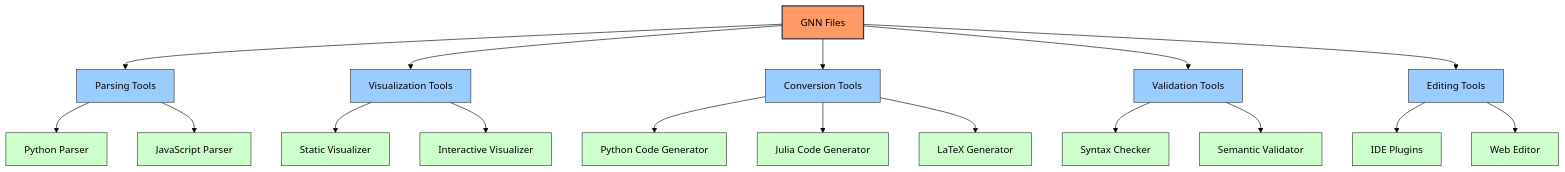
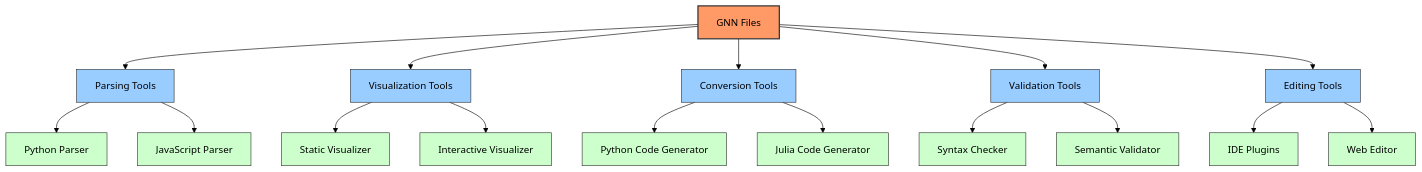
One commit to ActiveInferenceInstitute/GeneralizedNotationNotation changed the first of 6 diagrams in doc/gnn/operations/gnn_tools.md. Above: the diagram before and after it, drawn with Mermaid (forest theme). The commit also changed other lines of this file and 49 other files, not shown here.

````diff
--- a/doc/gnn/operations/gnn_tools.md
+++ b/doc/gnn/operations/gnn_tools.md
@@ -13,32 +13,31 @@
 ```mermaid
 graph TD
     GNN[GNN Files] --> PARSER[Parsing Tools]
     GNN --> VIZ[Visualization Tools]
     GNN --> CONVERT[Conversion Tools]
     GNN --> VALID[Validation Tools]
     GNN --> EDIT[Editing Tools]
     
     PARSER --> PYPARSER[Python Parser]
     PARSER --> JSPARSER[JavaScript Parser]
     
     VIZ --> GRAPHVIZ[Static Visualizer]
     VIZ --> INTERACT[Interactive Visualizer]
     
     CONVERT --> PYCODE[Python Code Generator]
     CONVERT --> JULIACODE[Julia Code Generator]
-    CONVERT --> LATEXGEN[LaTeX Generator]
     
     VALID --> SYNTAX[Syntax Checker]
     VALID --> SEMANT[Semantic Validator]
     
     EDIT --> IDE[IDE Plugins]
     EDIT --> WEBAPP[Web Editor]
     
     classDef core fill:#f96,stroke:#333,stroke-width:2px;
     classDef category fill:#9cf,stroke:#333,stroke-width:1px;
     classDef tool fill:#cfc,stroke:#333,stroke-width:1px;
     
     class GNN core;
     class PARSER,VIZ,CONVERT,VALID,EDIT category;
     class PYPARSER,JSPARSER,GRAPHVIZ,INTERACT,PYCODE,JULIACODE,LATEXGEN,SYNTAX,SEMANT,IDE,WEBAPP tool;
 ```
````
